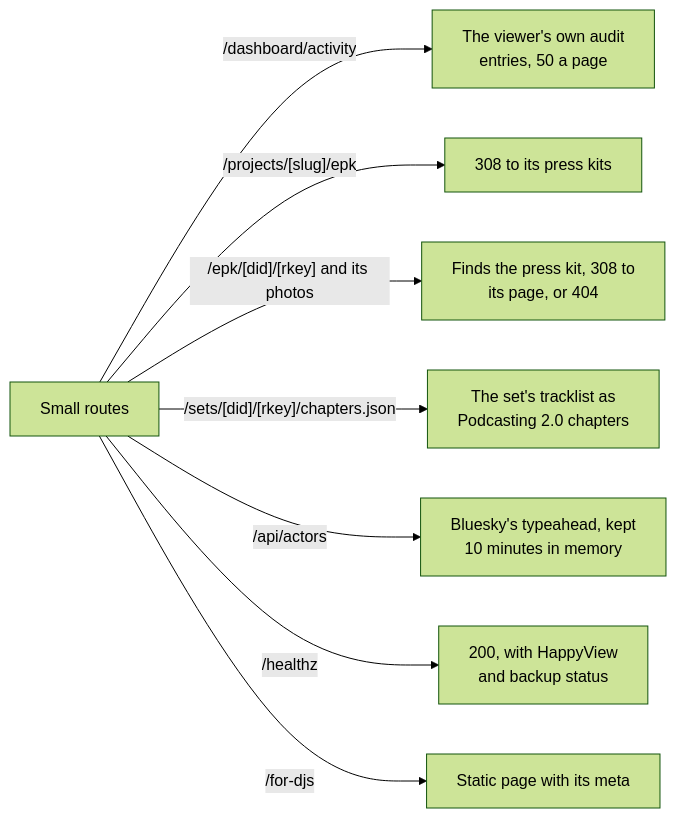
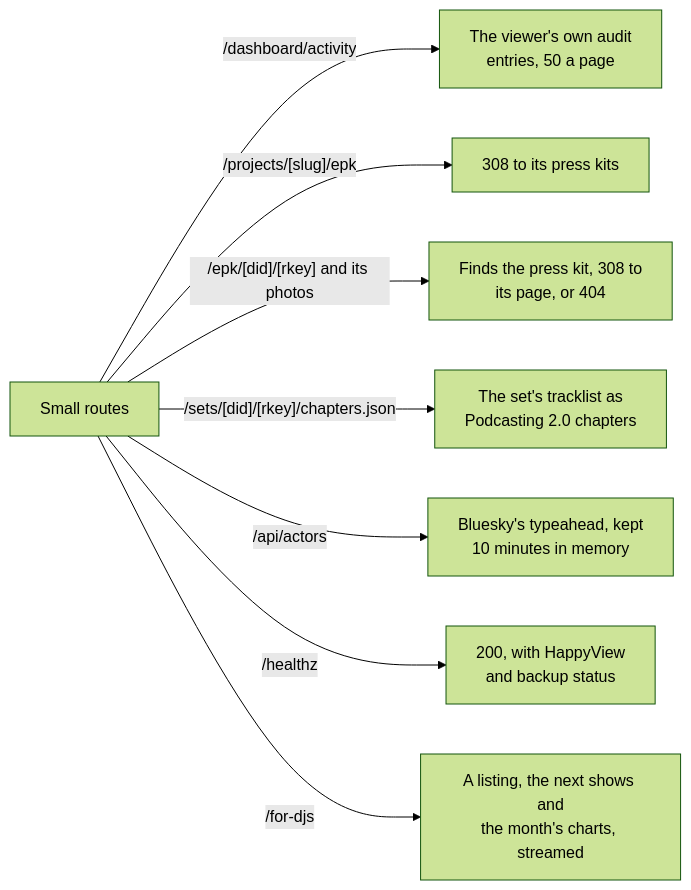
One commit to cutenode/localnetwork changed diagram 11 of 11 in apps/web/docs/diagrams/requests-and-routes.md. Above: the diagram before and after it, drawn with Mermaid (forest theme). The commit also changed 7 other files, not shown here.

````diff
--- a/apps/web/docs/diagrams/requests-and-routes.md
+++ b/apps/web/docs/diagrams/requests-and-routes.md
@@ -235,11 +235,11 @@
 ```mermaid
 flowchart LR
   Small["Small routes"]
   Small -- "/dashboard/activity" --> A["The viewer's own audit<br/>entries, 50 a page"]
   Small -- "/projects/[slug]/epk" --> B["308 to its press kits"]
   Small -- "/epk/[did]/[rkey] and its photos" --> C["Finds the press kit, 308 to<br/>its page, or 404"]
   Small -- "/sets/[did]/[rkey]/chapters.json" --> D["The set's tracklist as<br/>Podcasting 2.0 chapters"]
   Small -- "/api/actors" --> E["Bluesky's typeahead, kept<br/>10 minutes in memory"]
   Small -- "/healthz" --> F["200, with HappyView<br/>and backup status"]
-  Small -- "/for-djs" --> G["Static page with its meta"]
+  Small -- "/for-djs" --> G["A listing, the next shows and<br/>the month's charts, streamed"]
 ```
````
